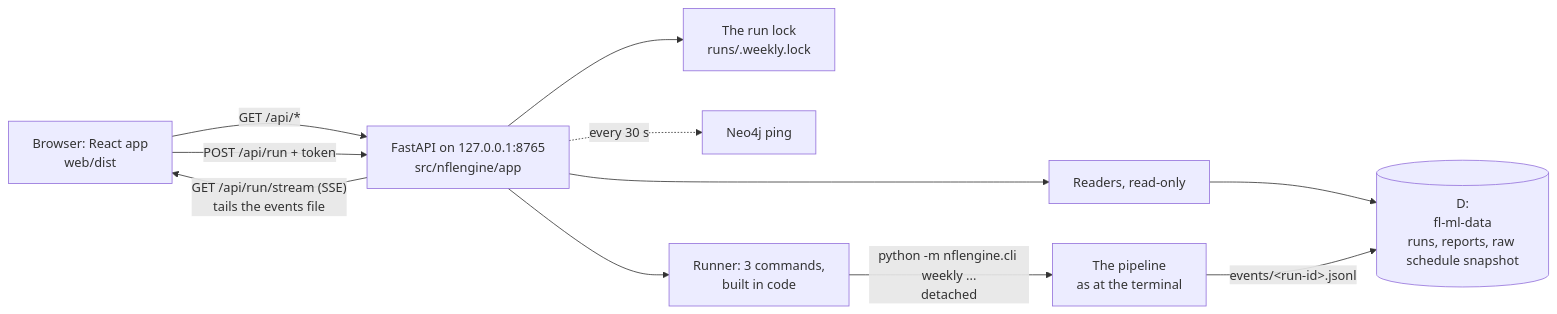
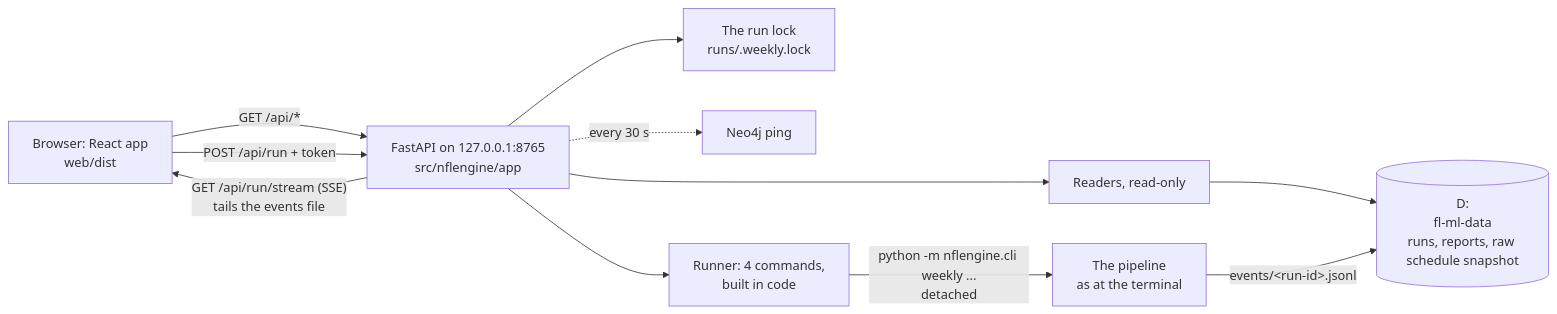
Before and after one commit to RishiJain905/NFL-ML-AI: the diagram in documentation/guides/control-room.md, drawn with Mermaid. The commit also changed other lines of this file and 13 other files, not shown here.

````diff
--- a/documentation/guides/control-room.md
+++ b/documentation/guides/control-room.md
@@ -259,13 +264,13 @@
 ```mermaid
 flowchart LR
     B[Browser: React app<br/>web/dist] -- "GET /api/*" --> A[FastAPI on 127.0.0.1:8765<br/>src/nflengine/app]
     A --> R[Readers, read-only]
     R --> D[(D:\nfl-ml-data<br/>runs, reports, raw schedule snapshot)]
     A --> L[The run lock<br/>runs/.weekly.lock]
     A -. every 30 s .-> N[Neo4j ping]
     B -- "POST /api/run + token" --> A
-    A --> X[Runner: 3 commands,<br/>built in code]
+    A --> X[Runner: 4 commands,<br/>built in code]
     X -- "python -m nflengine.cli weekly ...<br/>detached" --> P[The pipeline<br/>as at the terminal]
     P -- "events/&lt;run-id&gt;.jsonl" --> D
     A -- "GET /api/run/stream (SSE)<br/>tails the events file" --> B
 ```
````
